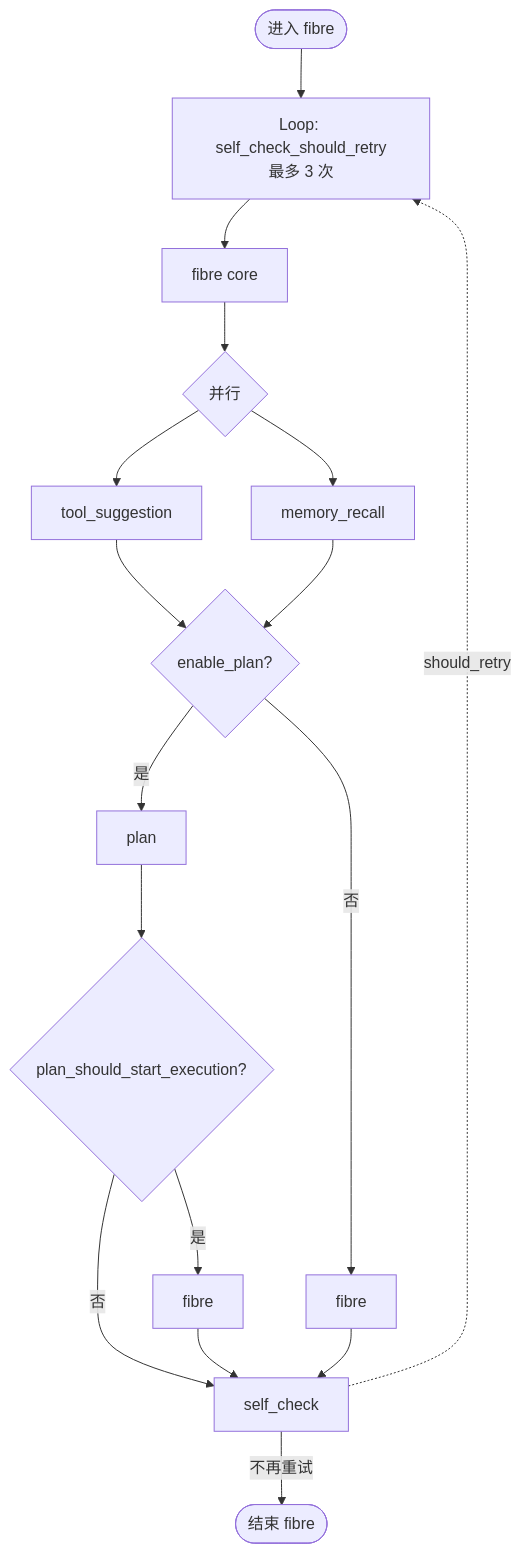
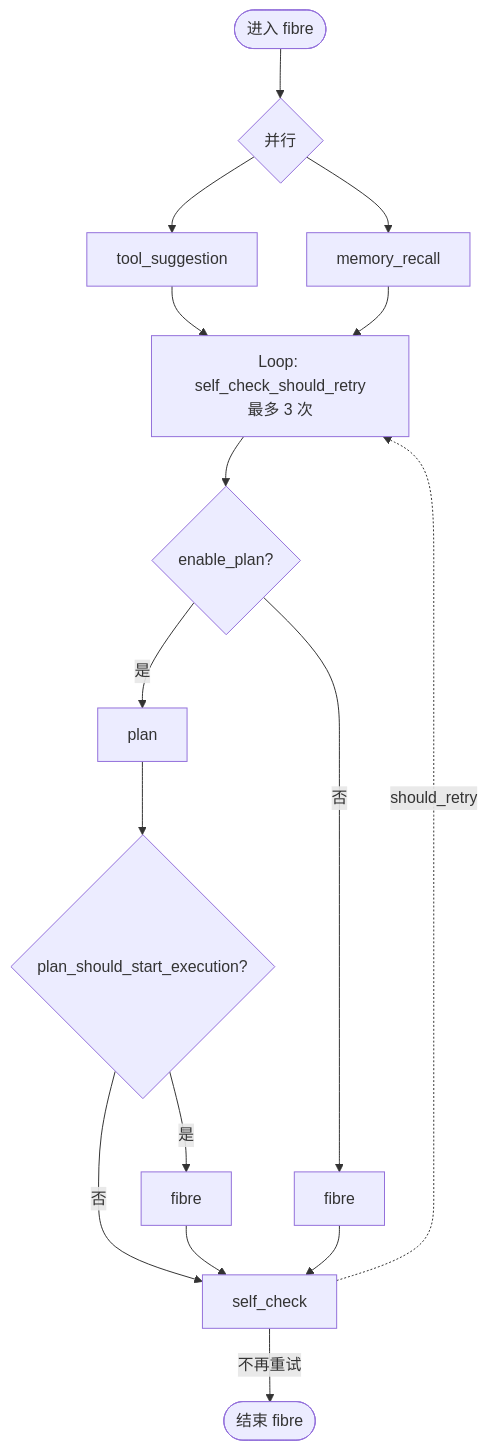
The ninth of 9 diagrams in docs/zh/architecture/ARCHITECTURE_SAGENTS_AGENT_FLOW.md (ZHangZHengEric/Sage), drawn with Mermaid before and after one commit. The commit also changed other lines of this file and 141 other files, not shown here.

````diff
--- a/docs/zh/architecture/ARCHITECTURE_SAGENTS_AGENT_FLOW.md
+++ b/docs/zh/architecture/ARCHITECTURE_SAGENTS_AGENT_FLOW.md
@@ -228,20 +196,19 @@
 ```mermaid
 flowchart TB
-    F0([进入 fibre]) --> Loop2[Loop: self_check_should_retry<br/>最多 3 次]
-    Loop2 --> Core[fibre core]
-    Core --> Par2{并行}
+    F0([进入 fibre]) --> Par2{并行}
     Par2 --> TS2[tool_suggestion]
     Par2 --> R2[memory_recall]
-    TS2 --> If3
-    R2 --> If3
+    TS2 --> Loop2
+    R2 --> Loop2
+    Loop2[Loop: self_check_should_retry<br/>最多 3 次] --> If3
     If3{enable_plan?}
     If3 -->|是| Plan2[plan] --> If4{plan_should_start_execution?}
     If4 -->|是| FibA[fibre]
     If4 -->|否| SC
     If3 -->|否| FibB[fibre]
     FibA --> SC
     FibB --> SC
     SC[self_check]
     SC -.should_retry.-> Loop2
     SC -->|不再重试| EndF([结束 fibre])
 ```
````
